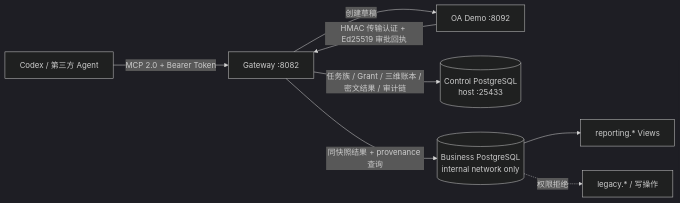
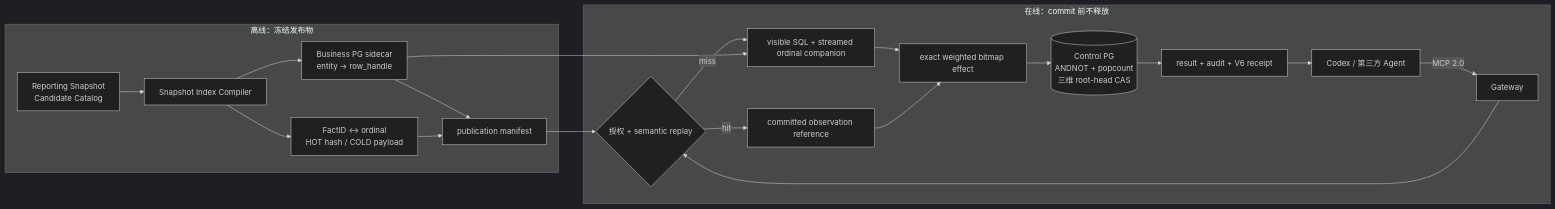
Before and after one commit to wuminmin/agent_task_gateway: the diagram in docs/architecture.md, drawn with Mermaid (dark theme). The commit also changed other lines of this file and 147 other files, not shown here.

First line of the commit message:
已完成 TaskGate V4 实现。百万 Fact 在线热路径已由逐对象派生/逐行写库，替换为 Snapshot Ordinal + Roaring Bitmap + 三维原子 CAS。

````diff
--- a/docs/architecture.md
+++ b/docs/architecture.md
@@ -8,10 +8,23 @@
 ```mermaid
 flowchart LR
-    A[Codex / 第三方 Agent] -->|MCP 2.0 + Bearer Token| G[Gateway :8082]
-    G -->|创建草稿| O[OA Demo :8092]
-    O -->|HMAC 传输认证 + Ed25519 审批回执| G
-    G -->|任务族 / Grant / 三维账本 / 密文结果 / 审计链| C[(Control PostgreSQL<br/>host :25433)]
-    G -->|同快照结果 + provenance 查询| B[(Business PostgreSQL<br/>internal network only)]
-    B --> V[reporting.* Views]
-    B -. 权限拒绝 .-> X[legacy.* / 写操作]
+    subgraph OFF[离线：冻结发布物]
+        P[Reporting Snapshot<br/>Candidate Catalog] --> IC[Snapshot Index Compiler]
+        IC --> S[Business PG sidecar<br/>entity → row_handle]
+        IC --> D[FactID ↔ ordinal<br/>HOT hash / COLD payload]
+        S --> M[publication manifest]
+        D --> M
+    end
+    subgraph ON[在线：commit 前不释放]
+        A[Codex / 第三方 Agent] -->|MCP 2.0| G[Gateway]
+        G --> H{授权 + semantic replay}
+        H -->|miss| Q[visible SQL + streamed ordinal companion]
+        H -->|hit| R[committed observation reference]
+        Q --> E[exact weighted bitmap effect]
+        R --> E
+        E --> C[(Control PG<br/>ANDNOT + popcount<br/>三维 root-head CAS)]
+        C --> X[result + audit + V6 receipt]
+        X --> A
+    end
+    M --> H
+    S --> Q
 ```
````
